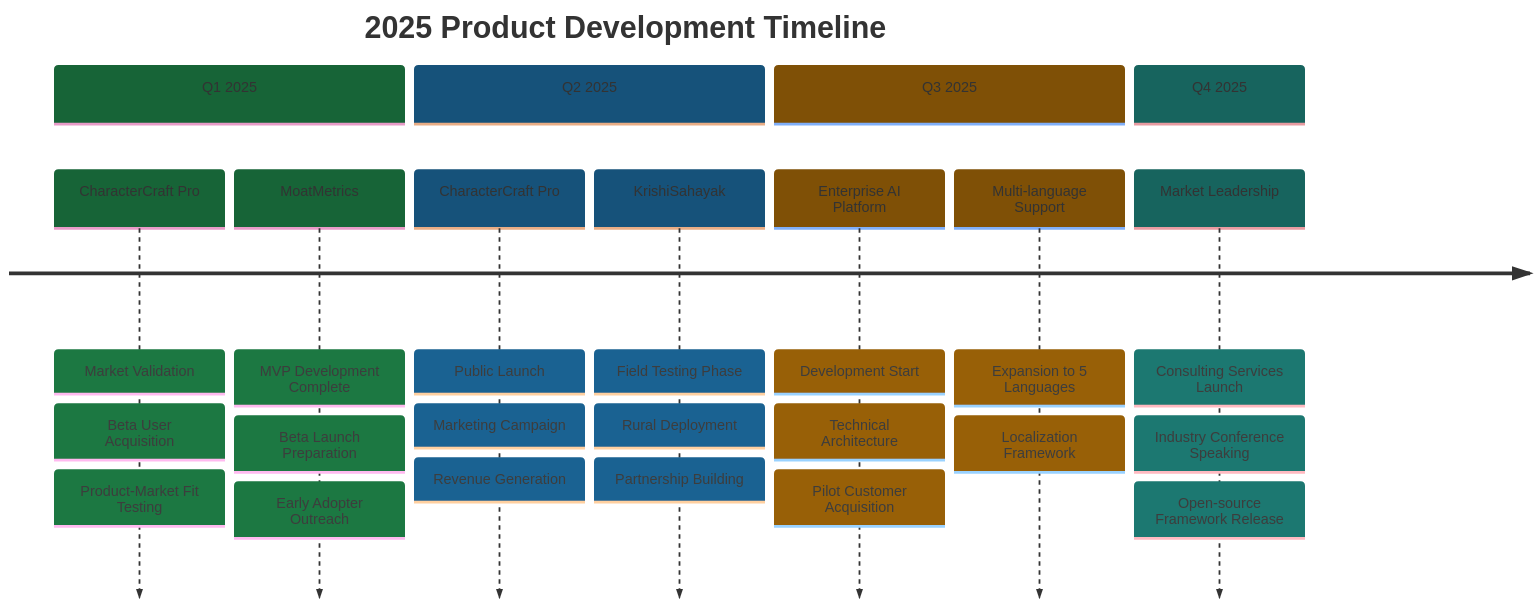
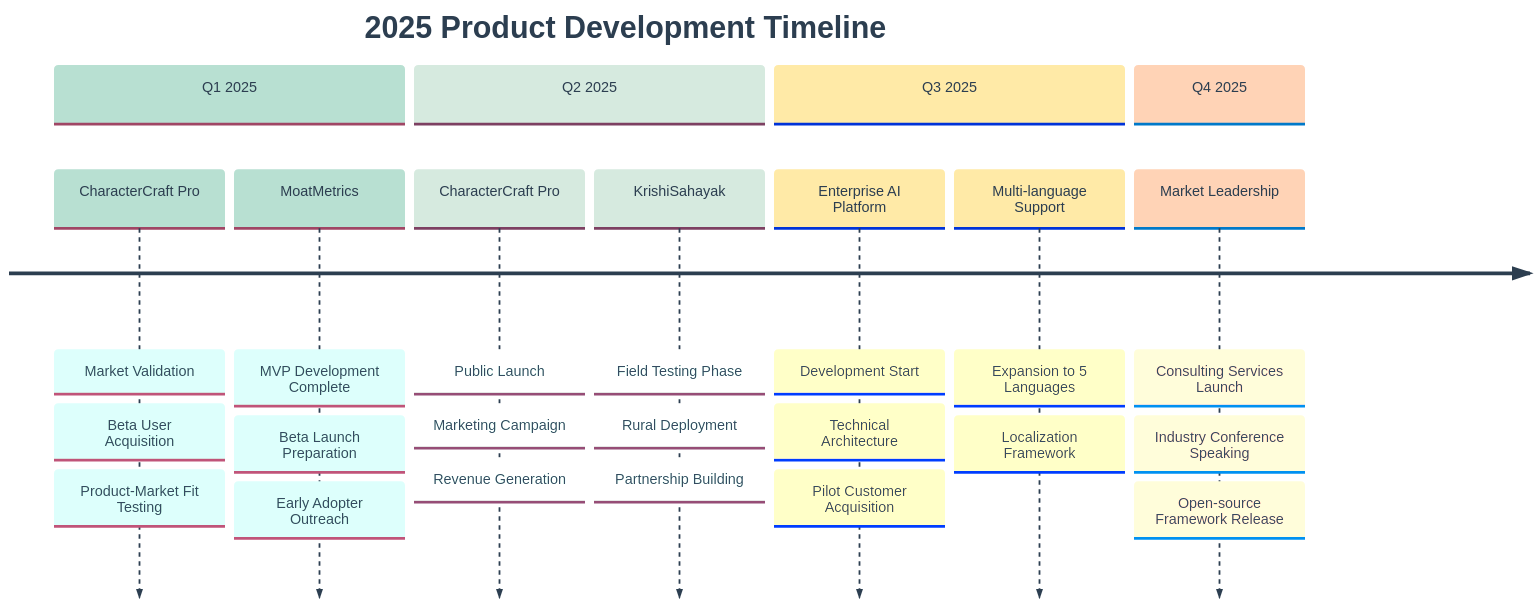
The third of 3 diagrams in README.md (VIKAS9793/VIKAS9793), drawn with Mermaid before and after one commit. The commit also changed other lines of this file, not shown here.

Commit message:
style: Update mermaid diagrams with soft pastel colors for better text visibility

````diff
--- a/README.md
+++ b/README.md
@@ -554,29 +554,29 @@
 ```mermaid
-%%{init: {'theme':'base', 'themeVariables': {'primaryColor':'#2ecc71','secondaryColor':'#3498db','tertiaryColor':'#f39c12'}}}%%
+%%{init: {'theme':'base', 'themeVariables': {'primaryColor':'#B8E0D2','secondaryColor':'#D6EADF','tertiaryColor':'#FFEAA7','primaryTextColor':'#2C3E50','secondaryTextColor':'#2C3E50','tertiaryTextColor':'#2C3E50','lineColor':'#74B9FF','cScale0':'#B8E0D2','cScale1':'#D6EADF','cScale2':'#FFEAA7','cScale3':'#FFD3B6'}}}%%
 timeline
     title 2025 Product Development Timeline
     section Q1 2025
         CharacterCraft Pro : Market Validation
                            : Beta User Acquisition
                            : Product-Market Fit Testing
         MoatMetrics : MVP Development Complete
                     : Beta Launch Preparation
                     : Early Adopter Outreach
     section Q2 2025
         CharacterCraft Pro : Public Launch
                            : Marketing Campaign
                            : Revenue Generation
         KrishiSahayak : Field Testing Phase
                       : Rural Deployment
                       : Partnership Building
     section Q3 2025
         Enterprise AI Platform : Development Start
                                : Technical Architecture
                                : Pilot Customer Acquisition
         Multi-language Support : Expansion to 5 Languages
                                : Localization Framework
     section Q4 2025
         Market Leadership : Consulting Services Launch
                           : Industry Conference Speaking
                           : Open-source Framework Release
 ```
````
